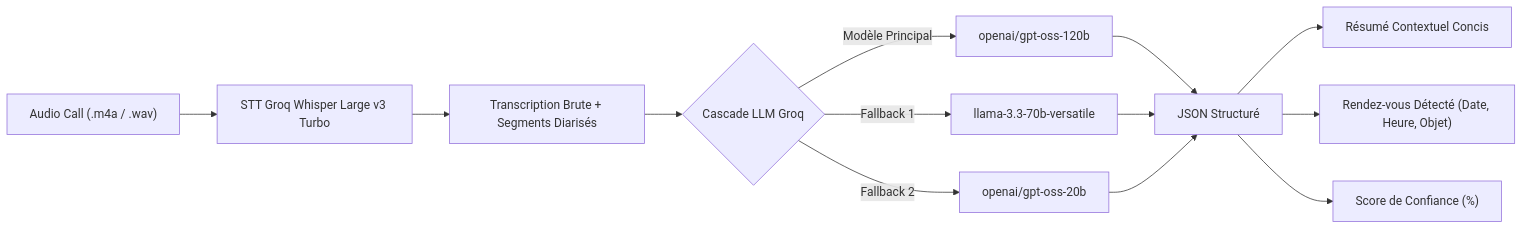
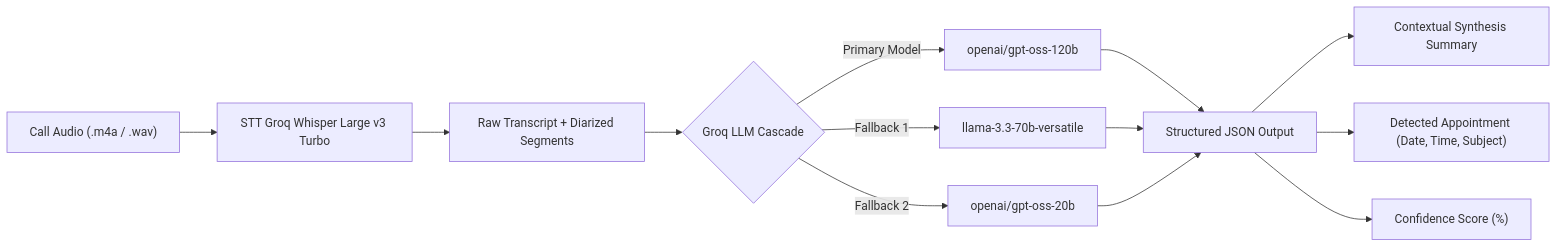
One commit to Ysn-Ir/IntelligentAppCalls changed the fourth of 4 diagrams in ARCHITECTURE.md. Above: the diagram before and after it, drawn with Mermaid. The commit also changed other lines of this file and 3 other files, not shown here.

Commit message:
docs: translate all documentation files to English including architecture, history logs and hosting guides

````diff
--- a/ARCHITECTURE.md
+++ b/ARCHITECTURE.md
@@ -299,14 +299,14 @@
 ```mermaid
 flowchart LR
-    A["Audio Call (.m4a / .wav)"] --> B["STT Groq Whisper Large v3 Turbo"]
-    B --> C["Transcription Brute + Segments Diarisés"]
-    C --> D{"Cascade LLM Groq"}
-    D -- "Modèle Principal" --> E["openai/gpt-oss-120b"]
+    A["Call Audio (.m4a / .wav)"] --> B["STT Groq Whisper Large v3 Turbo"]
+    B --> C["Raw Transcript + Diarized Segments"]
+    C --> D{"Groq LLM Cascade"}
+    D -- "Primary Model" --> E["openai/gpt-oss-120b"]
     D -- "Fallback 1" --> F["llama-3.3-70b-versatile"]
     D -- "Fallback 2" --> G["openai/gpt-oss-20b"]
     
-    E & F & G --> H["JSON Structuré"]
-    H --> I["Résumé Contextuel Concis"]
-    H --> J["Rendez-vous Détecté (Date, Heure, Objet)"]
-    H --> K["Score de Confiance (%)"]
+    E & F & G --> H["Structured JSON Output"]
+    H --> I["Contextual Synthesis Summary"]
+    H --> J["Detected Appointment (Date, Time, Subject)"]
+    H --> K["Confidence Score (%)"]
 ```
````
